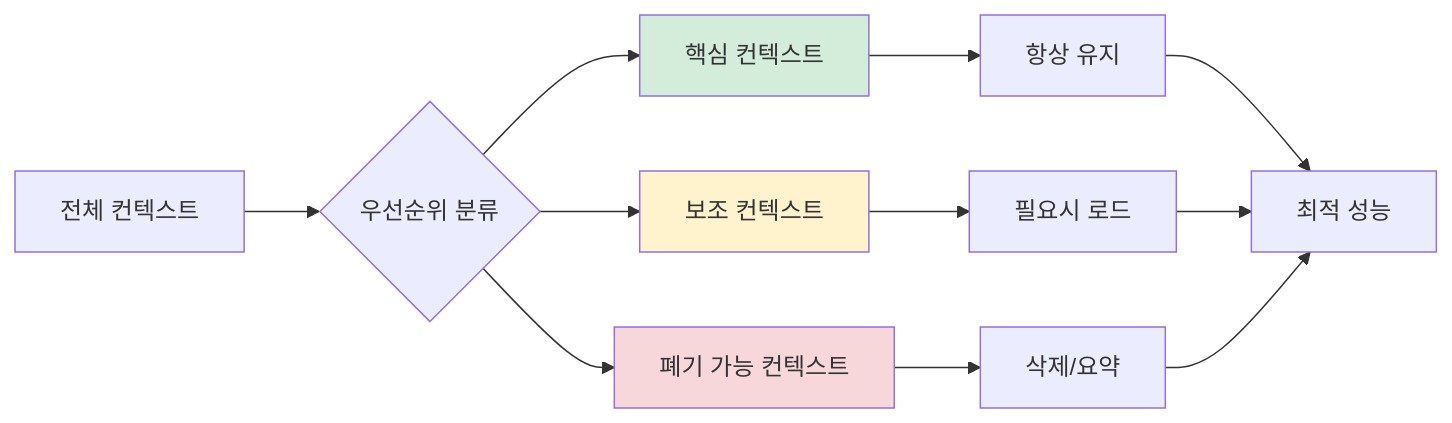
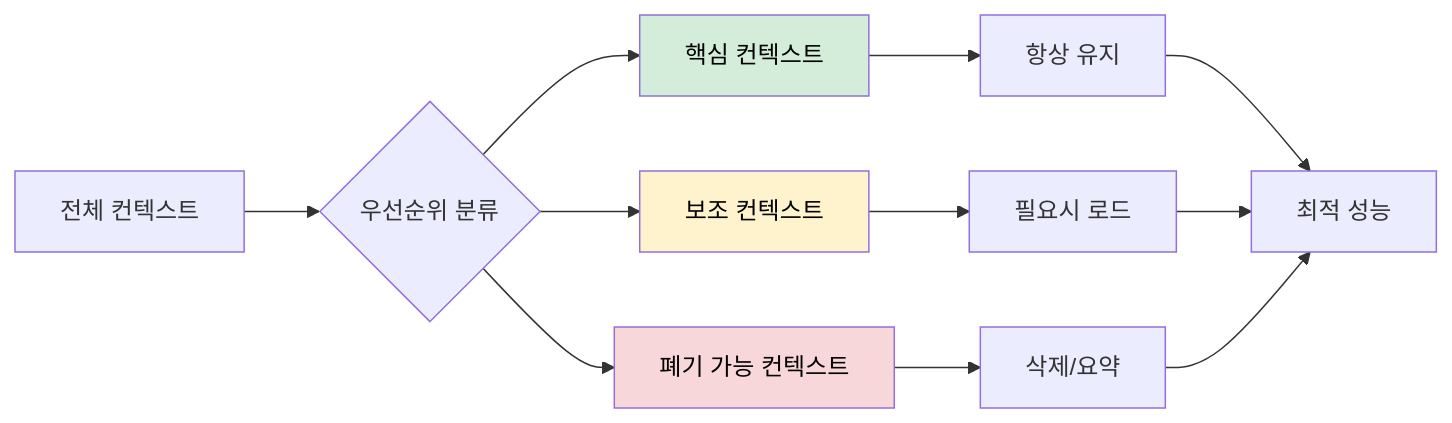
Before and after one commit to hyoguoo/hyoguoo.github.io: the second of 2 diagrams in src/content/docs/docs/ai-assisted-development/claude-context-management.md, drawn with Mermaid. The commit also changed other lines of this file and 8 other files, not shown here.

Commit message:
mod: 가독성을 위한 mermaid 색상 수정

````diff
--- a/src/content/docs/docs/ai-assisted-development/claude-context-management.md
+++ b/src/content/docs/docs/ai-assisted-development/claude-context-management.md
@@ -43,16 +43,16 @@
 ```mermaid
 graph LR
     A[전체 컨텍스트] --> B{우선순위 분류}
     B --> C[핵심 컨텍스트]
     B --> D[보조 컨텍스트]
     B --> E[폐기 가능 컨텍스트]
     C --> F[항상 유지]
     D --> G[필요시 로드]
     E --> H[삭제/요약]
     F --> I[최적 성능]
     G --> I
     H --> I
-    style C fill: #d4edda
-    style D fill: #fff3cd
-    style E fill: #f8d7da
+    style C fill: #d4edda, color: #000
+    style D fill: #fff3cd, color: #000
+    style E fill: #f8d7da, color: #000
 ```
````
